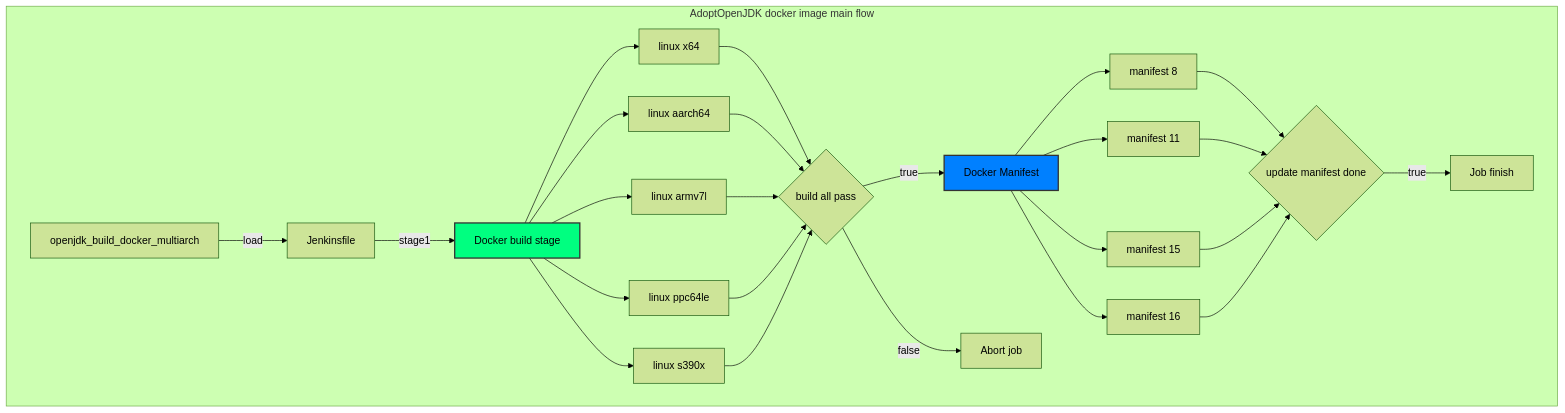
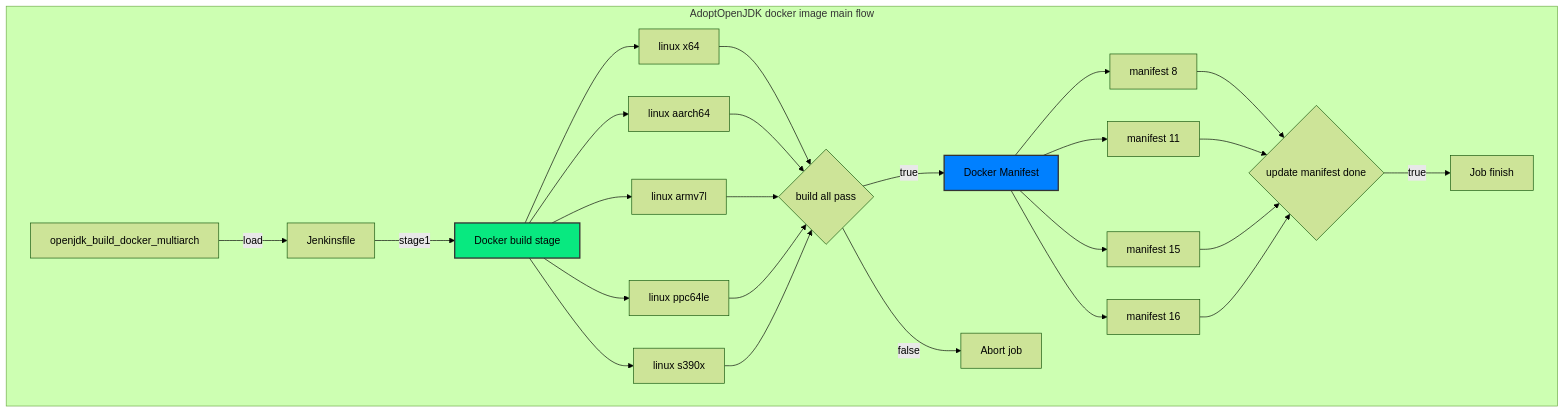
One commit to adoptium/ci-jenkins-pipelines changed the eighth of 9 diagrams in docs/diagram.md. Above: the diagram before and after it, drawn with Mermaid (forest theme). The commit also changed other lines of this file, not shown here.

````diff
--- a/docs/diagram.md
+++ b/docs/diagram.md
@@ -334,41 +350,42 @@
 ```mermaid
 
 flowchart TD
 
 subgraph AdoptOpenJDK docker image main flow
 
 job[openjdk_build_docker_multiarch] --load--> load[Jenkinsfile] --stage1-->
 
 stage1[Docker build stage]
 
 stage1 --> 11[linux x64] --> stagecheck{ build all pass}
 
 stage1 --> 12[linux aarch64]--> stagecheck
 
 stage1 --> 13[linux armv7l]--> stagecheck
 
 stage1 --> 14[linux ppc64le]--> stagecheck
 
 stage1 --> 15[linux s390x]--> stagecheck
 
 stagecheck --true--> stage2[Docker Manifest]
 
 stagecheck --false--> abort[Abort job]
 
 stage2 --> 21[manifest 8] --> finalcheck{ update manifest done}
 
 stage2 --> 22[manifest 11] --> finalcheck
 
 stage2 --> 23[manifest 15] --> finalcheck
 
 stage2 --> 24[manifest 16] --> finalcheck
 
 finalcheck --true--> done[Job finish]
 
 end
 
-classDef green fill:#00ff80,stroke:#333,stroke-width:2px
+classDef green fill:#08e980,stroke:#333,stroke-width:2px
 classDef blue fill:#0080ff,stroke:#333,stroke-width:2px
 class stage1 green
 class stage2 blue
+
 ```
````
